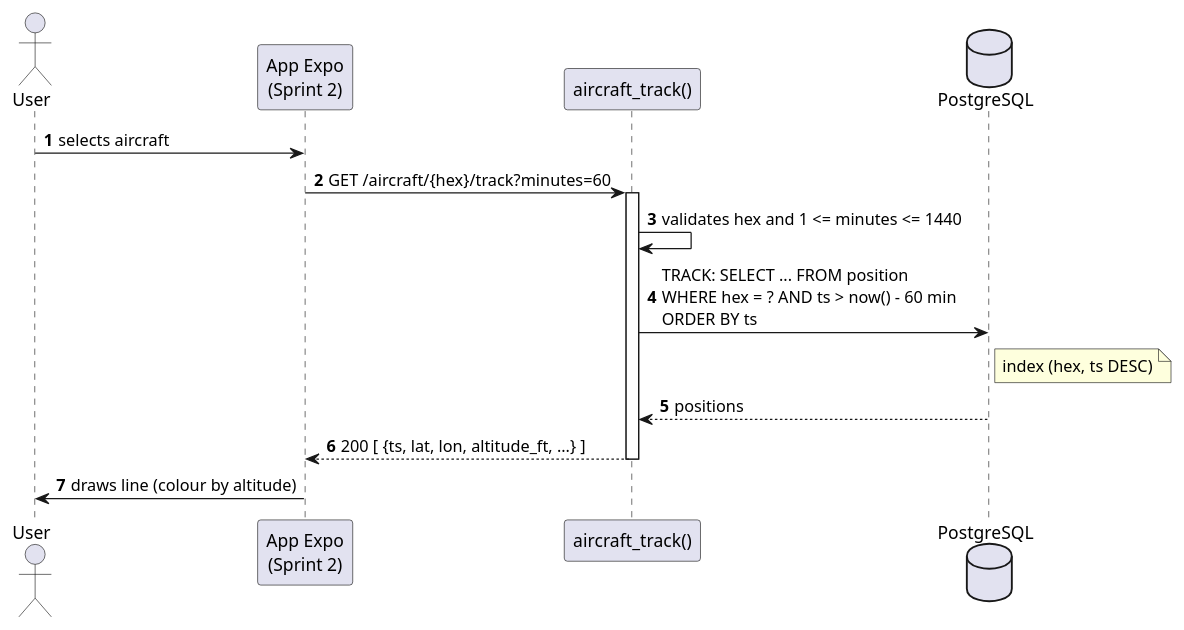
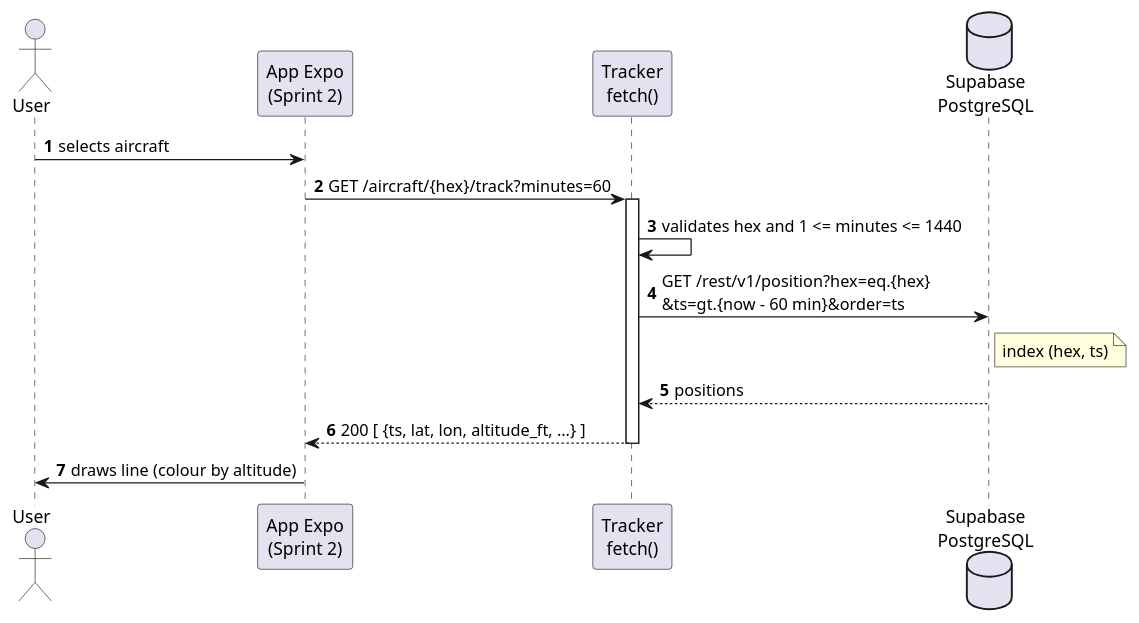
The diagram in docs/system-documentation/use-cases/US10/puml/sd_us10.puml (miguelsiilva1/SkyTracer), drawn with PlantUML before and after one commit. The commit also changed 31 other files, not shown here.

Commit message:
docs: update architecture documentation for the Cloudflare and Supabase backend

```diff
--- a/docs/system-documentation/use-cases/US10/puml/sd_us10.puml
+++ b/docs/system-documentation/use-cases/US10/puml/sd_us10.puml
@@ -1,18 +1,18 @@
 @startuml
 autonumber
 actor "User" as U
 participant "App Expo\n(Sprint 2)" as App
-participant "aircraft_track()" as API
-database "PostgreSQL" as DB
+participant "Tracker\nfetch()" as API
+database "Supabase\nPostgreSQL" as DB
 
 U -> App : selects aircraft
 App -> API : GET /aircraft/{hex}/track?minutes=60
 activate API
 API -> API : validates hex and 1 <= minutes <= 1440
-API -> DB : TRACK: SELECT ... FROM position\nWHERE hex = ? AND ts > now() - 60 min\nORDER BY ts
-note right of DB : index (hex, ts DESC)
+API -> DB : GET /rest/v1/position?hex=eq.{hex}\n&ts=gt.{now - 60 min}&order=ts
+note right of DB : index (hex, ts)
 DB --> API : positions
 API --> App : 200 [ {ts, lat, lon, altitude_ft, ...} ]
 deactivate API
 App -> U : draws line (colour by altitude)
 @enduml
```
